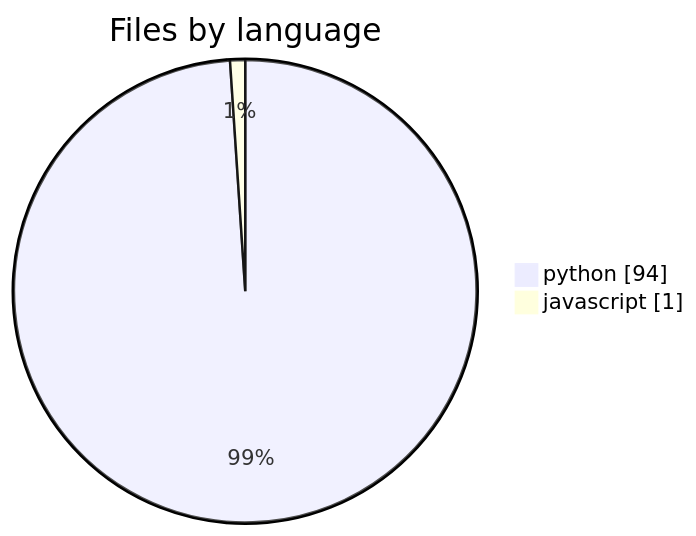
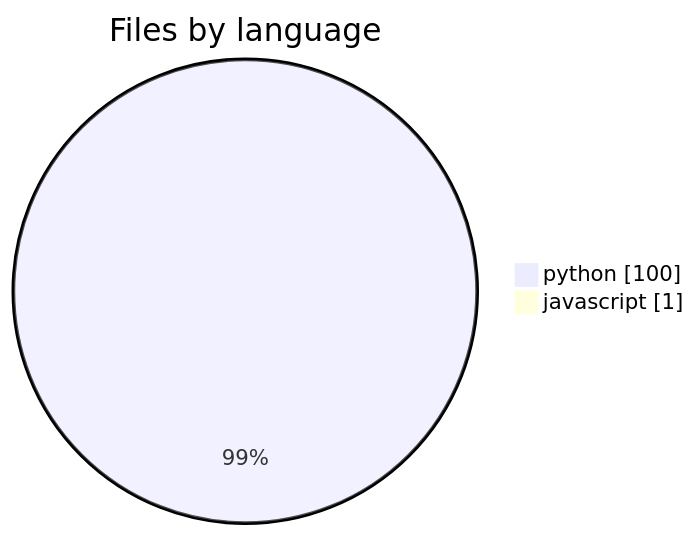
Before and after one commit to wolframs/jspace-probes: the fourth of 6 diagrams in .mentis/context/architecture.md, drawn with Mermaid. The commit also changed other lines of this file and 890 other files, not shown here.

````diff
--- a/.mentis/context/architecture.md
+++ b/.mentis/context/architecture.md
@@ -38,5 +38,5 @@
 ```mermaid
 pie showData title Files by language
-    "python" : 94
+    "python" : 100
     "javascript" : 1
 ```
````
